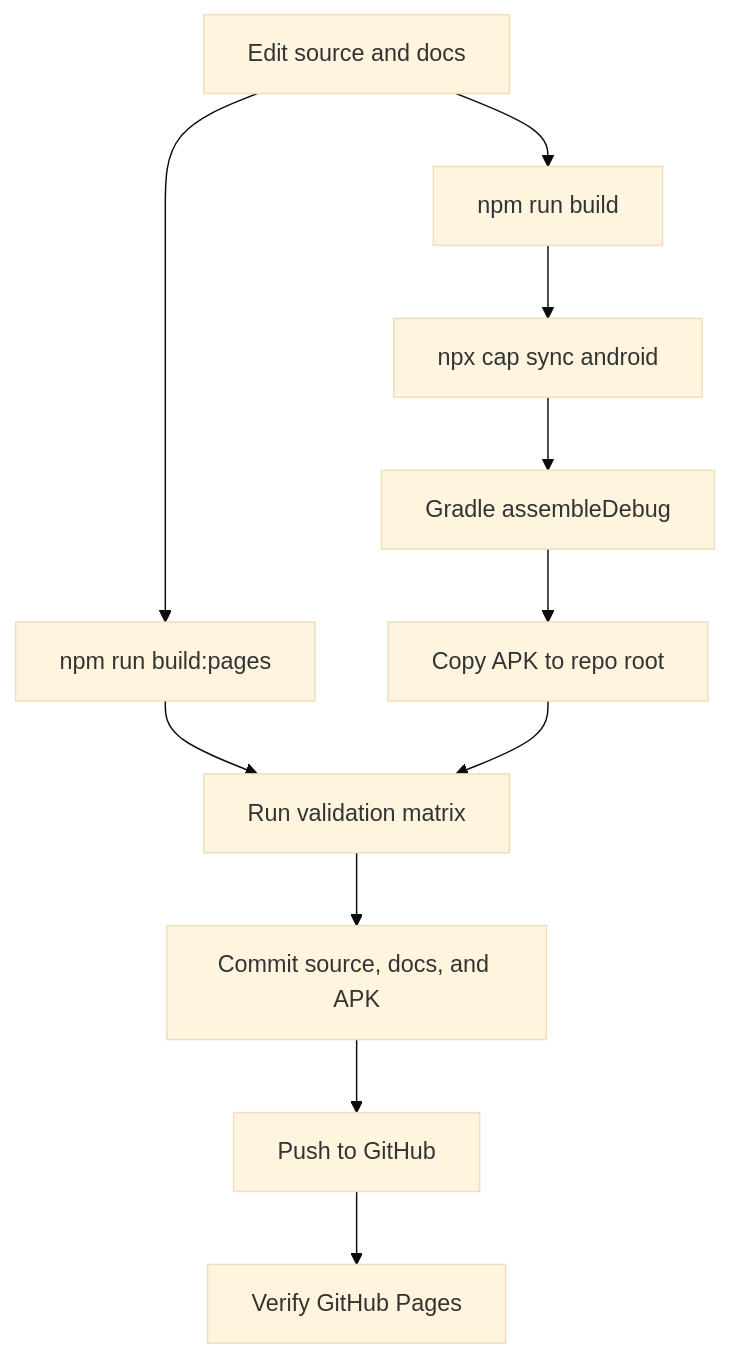
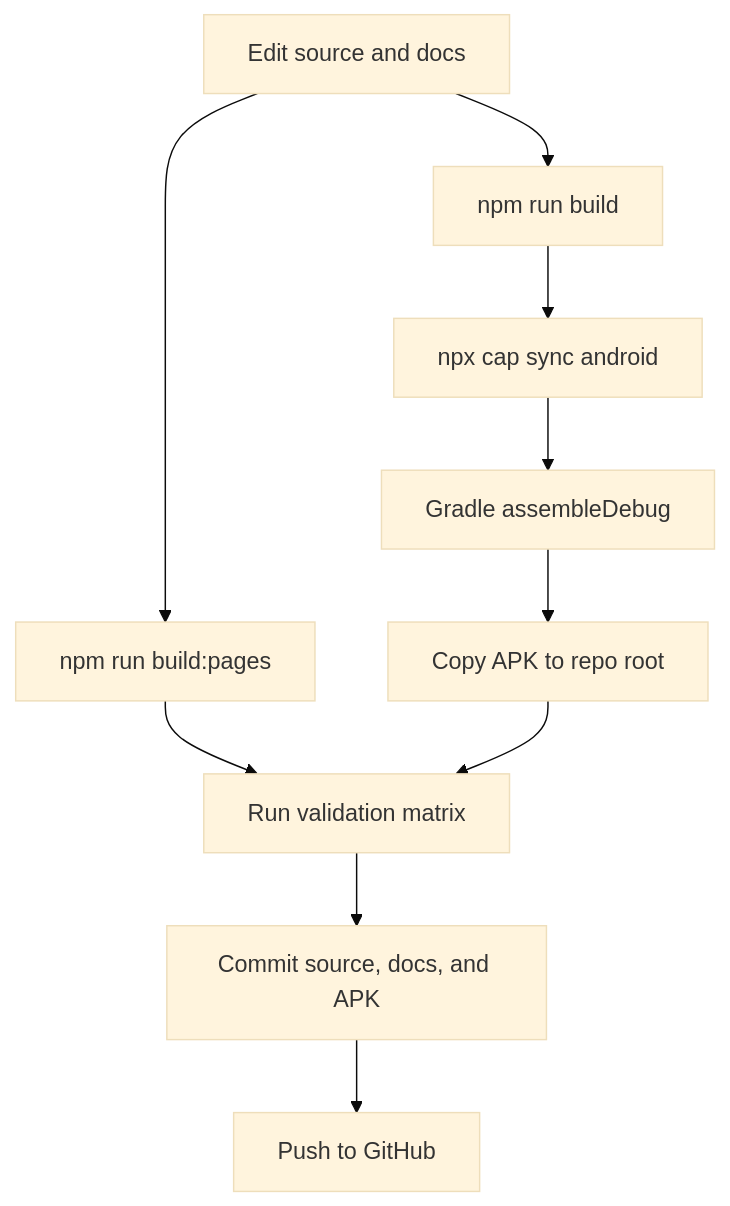
One commit to rgalor-ca/openspeedtest-ftap-poc changed the ninth of 11 diagrams in docs/DOCUMENTATION.md. Above: the diagram before and after it, drawn with Mermaid (base theme). The commit also changed other lines of this file and 13 other files, not shown here.

````diff
--- a/docs/DOCUMENTATION.md
+++ b/docs/DOCUMENTATION.md
@@ -377,20 +431,19 @@
 ```mermaid
 flowchart TB
   Source["Edit source and docs"]
   WebBuild["npm run build"]
   PagesBuild["npm run build:pages"]
   Sync["npx cap sync android"]
   Gradle["Gradle assembleDebug"]
   Copy["Copy APK to repo root"]
   Validate["Run validation matrix"]
   Commit["Commit source, docs, and APK"]
   Push["Push to GitHub"]
-  Pages["Verify GitHub Pages"]
 
   Source --> WebBuild
   Source --> PagesBuild
   WebBuild --> Sync --> Gradle --> Copy
   PagesBuild --> Validate
   Copy --> Validate
-  Validate --> Commit --> Push --> Pages
+  Validate --> Commit --> Push
 ```
````
